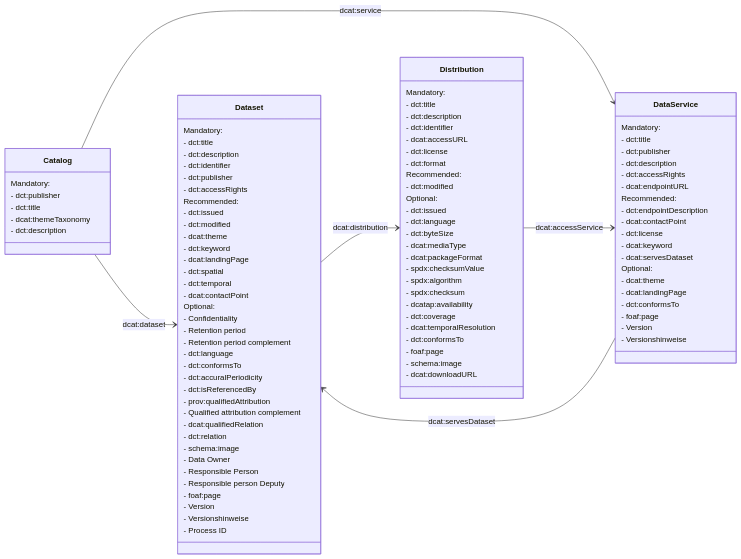
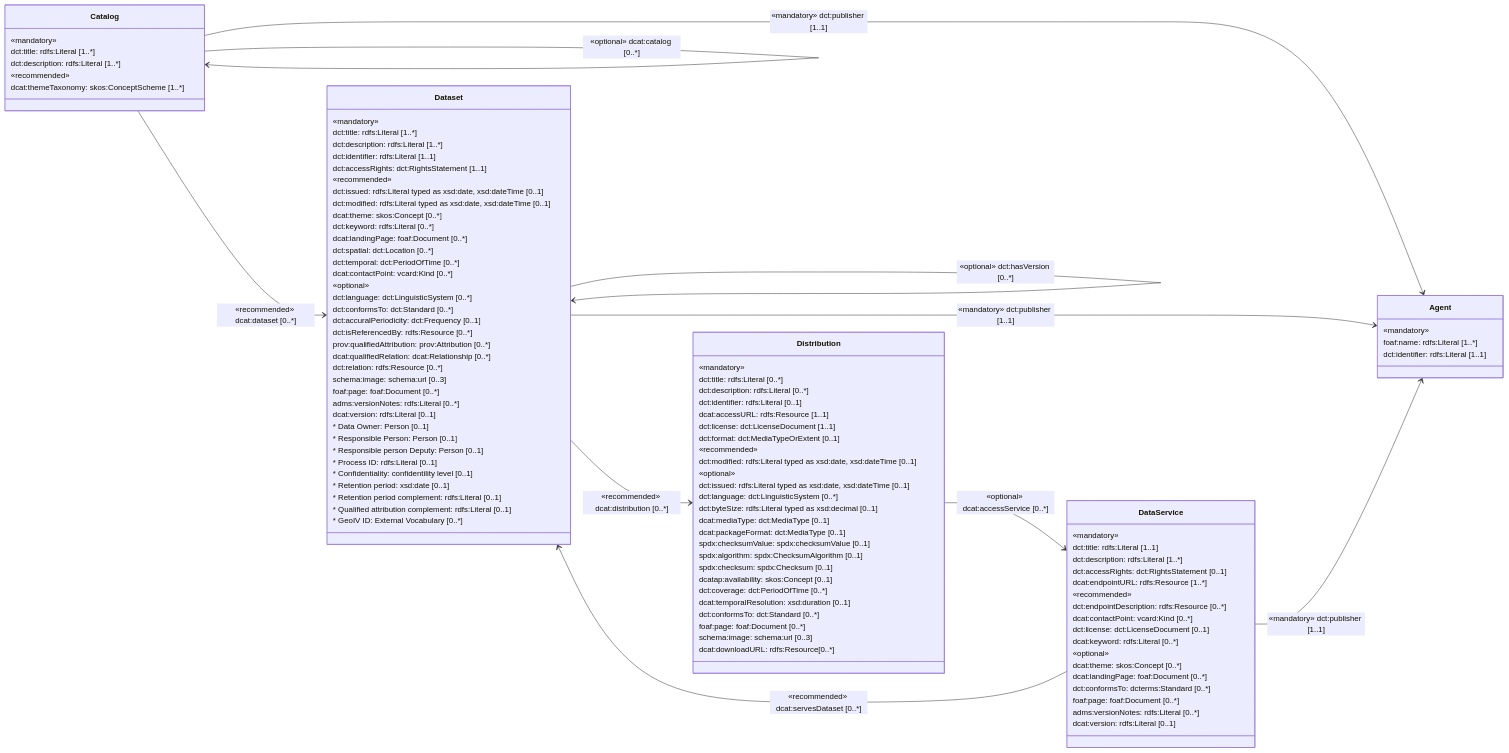
One commit to I14Y-ch/handbook changed the fifth of 5 diagrams in content/de/2_rollen_prozesse/3_informationsmodell.md. Above: the diagram before and after it, drawn with Mermaid. The commit also changed other lines of this file and 1 other file, not shown here.

Commit message:
Specification update and diagram update

````diff
--- a/content/de/2_rollen_prozesse/3_informationsmodell.md
+++ b/content/de/2_rollen_prozesse/3_informationsmodell.md
@@ -278,101 +280,134 @@
 ```mermaid
 classDiagram
 direction LR
-        Catalog --> Dataset : dcat#58;dataset
-        Catalog --> DataService : dcat#58;service
-        DataService --> Dataset : dcat#58;servesDataset
-        Dataset --> Distribution : dcat#58;distribution
-        Distribution --> DataService : dcat#58;accessService
+
+        Catalog --> Agent : «mandatory» dct#58;publisher [1..1]
+        Dataset --> Agent: «mandatory» dct#58;publisher [1..1]
+        DataService --> Agent : «mandatory» dct#58;publisher [1..1] 
+        Catalog --> Dataset : «recommended» dcat#58;dataset [0..*]
+        DataService -->  Dataset : «recommended» dcat#58;servesDataset [0..*]
+        Dataset -->  Distribution : «recommended» dcat#58;distribution [0..*]
+        Distribution -->  DataService : «optional» dcat#58;accessService [0..*]
+        Catalog --> Catalog : «optional» dcat#58;catalog [0..*]
+        Dataset -->  Dataset : «optional» dcat#58;previousVersion [0..1]
+        Dataset -->  Dataset : «optional» dct#58;hasVersion [0..*]
+        
+
         class Catalog {
-        Mandatory:
-        - dct:publisher
-        - dct:title
-        - dcat:themeTaxonomy
-        - dct:description
+        «mandatory»
+    
+        dct:title: rdfs:Literal [1..*]
+        dct:description: rdfs:Literal [1..*]
+      
+        «recommended»  
+       
+        dcat:themeTaxonomy: skos:ConceptScheme [1..*]
         }
+
         class DataService {
-        Mandatory:
-        - dct:title
-        - dct:publisher  
-        - dct:description
-        - dct:accessRights
-        - dcat:endpointURL
-        Recommended:
-        - dct:endpointDescription
-        - dcat:contactPoint
-        - dct:license
-        - dcat:keyword
-        - dcat:servesDataset
-        Optional:
-        - dcat:theme 
-        - dcat:landingPage
-        - dct:conformsTo
-        - foaf:page
-        - Version
-        - Versionshinweise
+        «mandatory»
+        
+        dct:title: rdfs:Literal [1..1]
+        dct:description: rdfs:Literal [1..*]
+        dct:accessRights: dct:RightsStatement [0..1]
+        dcat:endpointURL: rdfs:Resource [1..*]
+       
+        «recommended»  
+       
+        dct:endpointDescription: rdfs:Resource [0..*]
+        dcat:contactPoint: vcard:Kind [0..*]
+        dct:license: dct:LicenseDocument [0..1]
+        dcat:keyword: rdfs:Literal [0..*]
+        
+        «optional»
+       
+        dcat:theme: skos:Concept [0..*]
+        dcat:landingPage: foaf:Document [0..*]
+        dct:conformsTo: dcterms:Standard [0..*]
+        foaf:page: foaf:Document [0..*]
+        adms:versionNotes: rdfs:Literal [0..*]
+        dcat:version: rdfs:Literal [0..1]
         }
+        class Agent {
+        «mandatory»
+        foaf:name: rdfs:Literal [1..*]
+        dct:identifier: rdfs:Literal [1..1]
+        }
+
+
         class Dataset {
-        Mandatory:
-        - dct:title
-        - dct:description
-        - dct:identifier
-        - dct:publisher
-        - dct:accessRights
-        Recommended:
-        - dct:issued
-        - dct:modified
-        - dcat:theme
-        - dct:keyword
-        - dcat:landingPage
-        - dct:spatial
-        - dct:temporal
-        - dcat:contactPoint
-        Optional:
-        - Confidentiality
-        - Retention period
-        - Retention period complement
-        - dct:language
-        - dct:conformsTo
-        - dct:accuralPeriodicity 
-        - dct:isReferencedBy
-        - prov:qualifiedAttribution
-        - Qualified attribution complement
-        - dcat:qualifiedRelation
-        - dct:relation
-        - schema:image
-        - Data Owner
-        - Responsible Person
-        - Responsible person Deputy
-        - foaf:page
-        - Version
-        - Versionshinweise
-        - Process ID
+        «mandatory»
+       
+        dct:title: rdfs:Literal [1..*]
+        dct:description: rdfs:Literal [1..*]
+        dct:identifier: rdfs:Literal [1..1]
+        dct:accessRights: dct:RightsStatement [1..1]
+        
+        «recommended»
+       
+        dct:issued: rdfs:Literal typed as xsd:date, xsd:dateTime [0..1]
+        dct:modified: rdfs:Literal typed as xsd:date, xsd:dateTime [0..1]
+        dcat:theme: skos:Concept [0..*]
+        dct:keyword: rdfs:Literal [0..*]
+        dcat:landingPage: foaf:Document [0..*]
+        dct:spatial:  dct:Location [0..*]
+        dct:temporal: dct:PeriodOfTime [0..*]
+        dcat:contactPoint: vcard:Kind [0..*]
+      
+        «optional»
+        
+        dct:language: dct:LinguisticSystem [0..*]
+        dct:conformsTo: dct:Standard [0..*]
+        dct:accuralPeriodicity: dct:Frequency [0..1]
+        dct:isReferencedBy: rdfs:Resource [0..*]
+        prov:qualifiedAttribution: prov:Attribution [0..*]
+        dcat:qualifiedRelation: dcat:Relationship [0..*]
+        dct:relation: rdfs:Resource [0..*]
+        schema:image: schema:url [0..3]
+        foaf:page: foaf:Document [0..*]
+        adms:versionNotes: rdfs:Literal [0..*]
+        dcat:version: rdfs:Literal [0..1]
+        * Data Owner: Person [0..1]
+        * Responsible Person: Person [0..1]
+        * Responsible person Deputy: Person [0..1]
+        * Process ID: rdfs:Literal [0..1]
+        * Confidentiality: confidentility level [0..1]
+        * Retention period: xsd:date [0..1]
+        * Retention period complement: rdfs:Literal [0..1]
+        * Qualified attribution complement: rdfs:Literal [0..1]
+        * GeoIV ID: External Vocabulary [0..*]
         }
+
+
         class Distribution {
-        Mandatory:
-        - dct:title
-        - dct:description
-        - dct:identifier
-        - dcat:accessURL  
-        - dct:license
-        - dct:format
-        Recommended:
-        - dct:modified
-        Optional: 
-        - dct:issued
-        - dct:language
-        - dct:byteSize
-        - dcat:mediaType
-        - dcat:packageFormat
-        - spdx:checksumValue
-        - spdx:algorithm
-        - spdx:checksum
-        - dcatap:availability
-        - dct:coverage
-        - dcat:temporalResolution
-        - dct:conformsTo
-        - foaf:page
-        - schema:image
-        - dcat:downloadURL
+        «mandatory»
+        dct:title: rdfs:Literal [0..*]
+        dct:description: rdfs:Literal [0..*]
+        dct:identifier: rdfs:Literal [0..1]
+        dcat:accessURL: rdfs:Resource [1..1]  
+        dct:license: dct:LicenseDocument [1..1]
+        dct:format: dct:MediaTypeOrExtent [0..1]
+    
+        «recommended»
+        
+        dct:modified: rdfs:Literal typed as xsd:date, xsd:dateTime [0..1]
+      
+        «optional»
+       
+        dct:issued: rdfs:Literal typed as xsd:date, xsd:dateTime [0..1]
+        dct:language: dct:LinguisticSystem [0..*]
+        dct:byteSize: rdfs:Literal typed as xsd:decimal [0..1]
+        dcat:mediaType: dct:MediaType [0..1]
+        dcat:packageFormat: dct:MediaType [0..1]
+        spdx:checksumValue: spdx:checksumValue [0..1]
+        spdx:algorithm: spdx:ChecksumAlgorithm [0..1]
+        spdx:checksum: spdx:Checksum [0..1]
+        dcatap:availability: skos:Concept [0..1]
+        dct:coverage: dct:PeriodOfTime [0..*]
+        dcat:temporalResolution: xsd:duration [0..1]
+        dct:conformsTo: dct:Standard [0..*]
+        foaf:page: foaf:Document [0..*]
+        schema:image: schema:url [0..3]
+        dcat:downloadURL: rdfs:Resource[0..*]
         }
 ```
````
